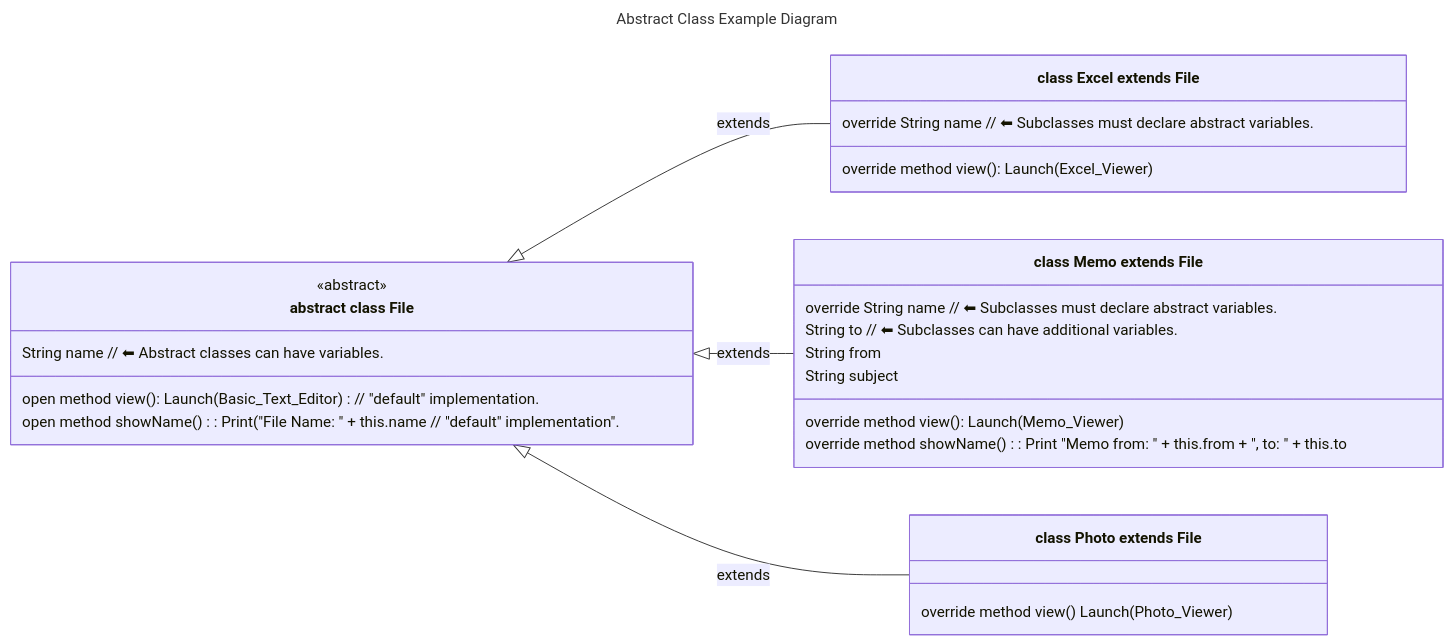
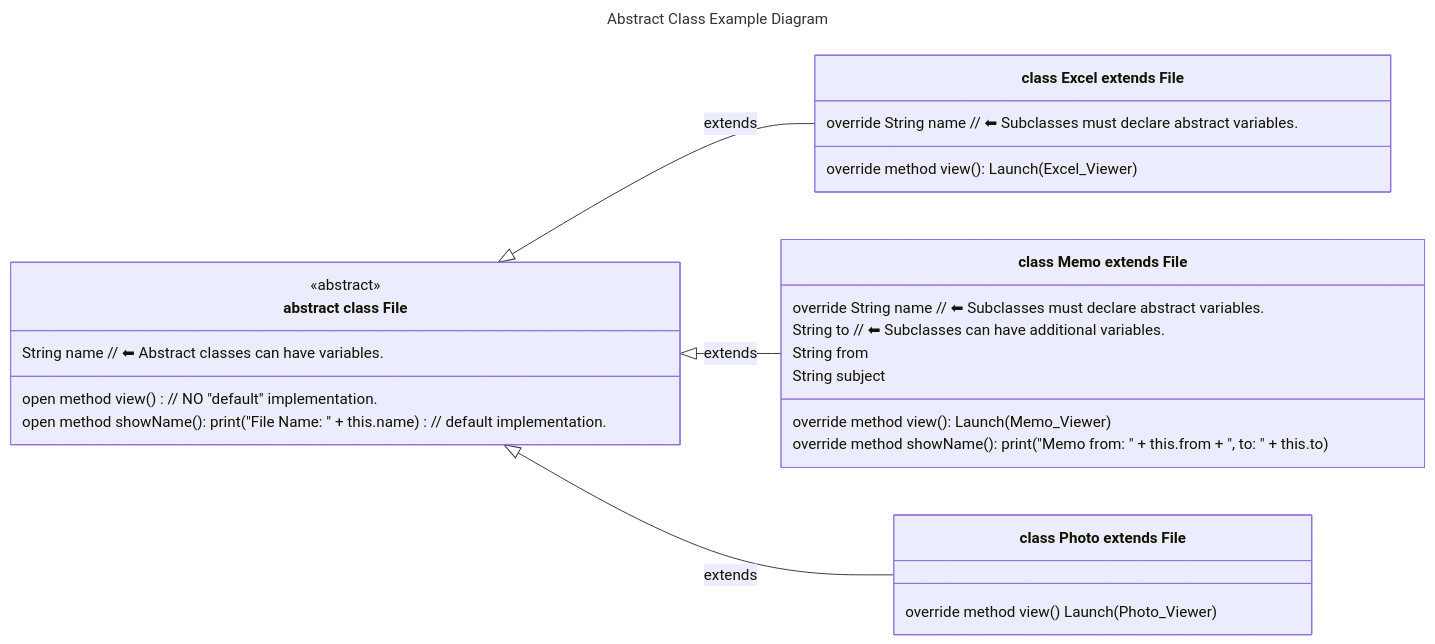
Before and after one commit to realityexpander/How_to_program_from_ground_up: the fourth of 6 diagrams in 09-ClassOrientedProgramming.md, drawn with Mermaid. The commit also changed other lines of this file, not shown here.

Commit message:
improve COP

````diff
--- a/09-ClassOrientedProgramming.md
+++ b/09-ClassOrientedProgramming.md
@@ -592,34 +592,35 @@
     ```mermaid
     ---
     title: Abstract Class Example Diagram
       
     ---
     classDiagram
     direction LR
     File <|-- Excel : extends
     File <|-- Memo : extends
     File <|-- Photo : extends
       
     class File["abstract class File"] {
        String name  // ⬅︎ Abstract classes can have variables.
-       open method view(): Launch(Basic_Text_Editor)  // "default" implementation.
-       open method showName():  Print("File Name: " + this.name // "default" implementation".
+       open method view() // NO "default" implementation.
+       open method showName():  print("File Name: " + this.name) // default implementation.
     }
     <<abstract>> File 
       
     class Excel["class Excel extends File"] {
        override String name // ⬅︎ Subclasses must declare abstract variables.
        override method view(): Launch(Excel_Viewer) 
     }
     class Memo["class Memo extends File"] {
        override String name // ⬅︎ Subclasses must declare abstract variables.
        String to  // ⬅︎ Subclasses can have additional variables.
        String from
        String subject
+       
        override method view(): Launch(Memo_Viewer) 
-       override method showName(): Print "Memo from: " + this.from + ", to: " + this.to
+       override method showName(): print("Memo from: " + this.from + ", to: " + this.to)
     }
     class Photo["class Photo extends File"] {
        override method view() Launch(Photo_Viewer)
     }
     ```
````
